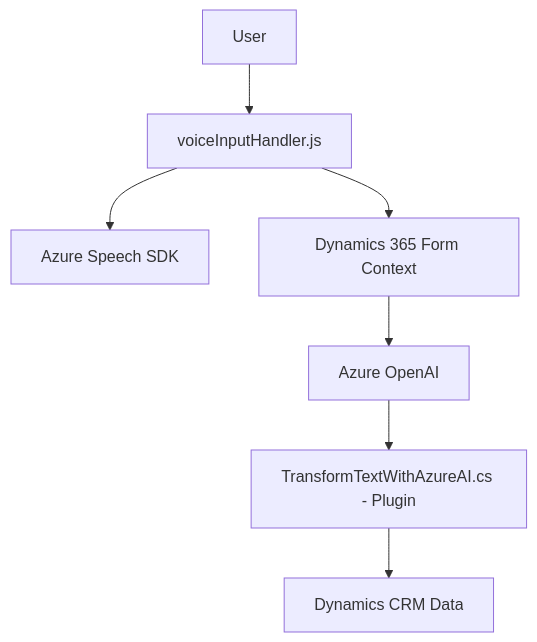
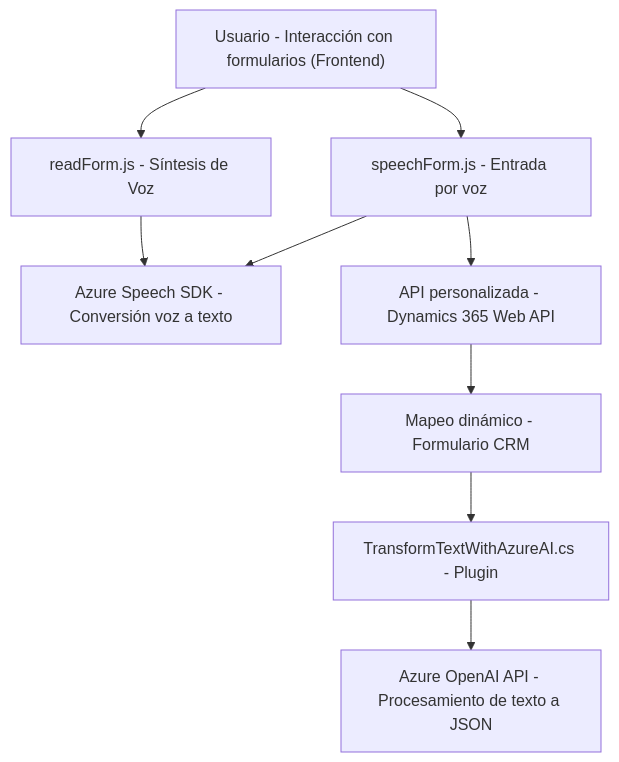
The diagram in README.md (blopezdm/NETCORE_BILBAO2025), drawn with Mermaid before and after one commit. The commit also changed other lines of this file, not shown here.

Commit message:
Actualizar análisis global de la solución con IA

````diff
--- a/README.md
+++ b/README.md
@@ -36,9 +48,11 @@
 ```mermaid
 graph TD
-    A[User] --> B[voiceInputHandler.js]
-    B --> C[Azure Speech SDK]
-    B --> D["Dynamics 365 Form Context"]
-    D --> E["Azure OpenAI"]
-    E --> F[TransformTextWithAzureAI.cs - Plugin]
-    F --> G["Dynamics CRM Data"]
+    A["Usuario - Interacción con formularios (Frontend)"] --> B["readForm.js - Síntesis de Voz"]
+    A["Usuario - Interacción con formularios (Frontend)"] --> C["speechForm.js - Entrada por voz"]
+    B --> D["Azure Speech SDK - Conversión texto a voz"]
+    C --> D["Azure Speech SDK - Conversión voz a texto"]
+    C --> E["API personalizada - Dynamics 365 Web API"]
+    E --> F["Mapeo dinámico - Formulario CRM"]
+    F --> G["TransformTextWithAzureAI.cs - Plugin"]
+    G --> H["Azure OpenAI API - Procesamiento de texto a JSON"]
 ```
````
